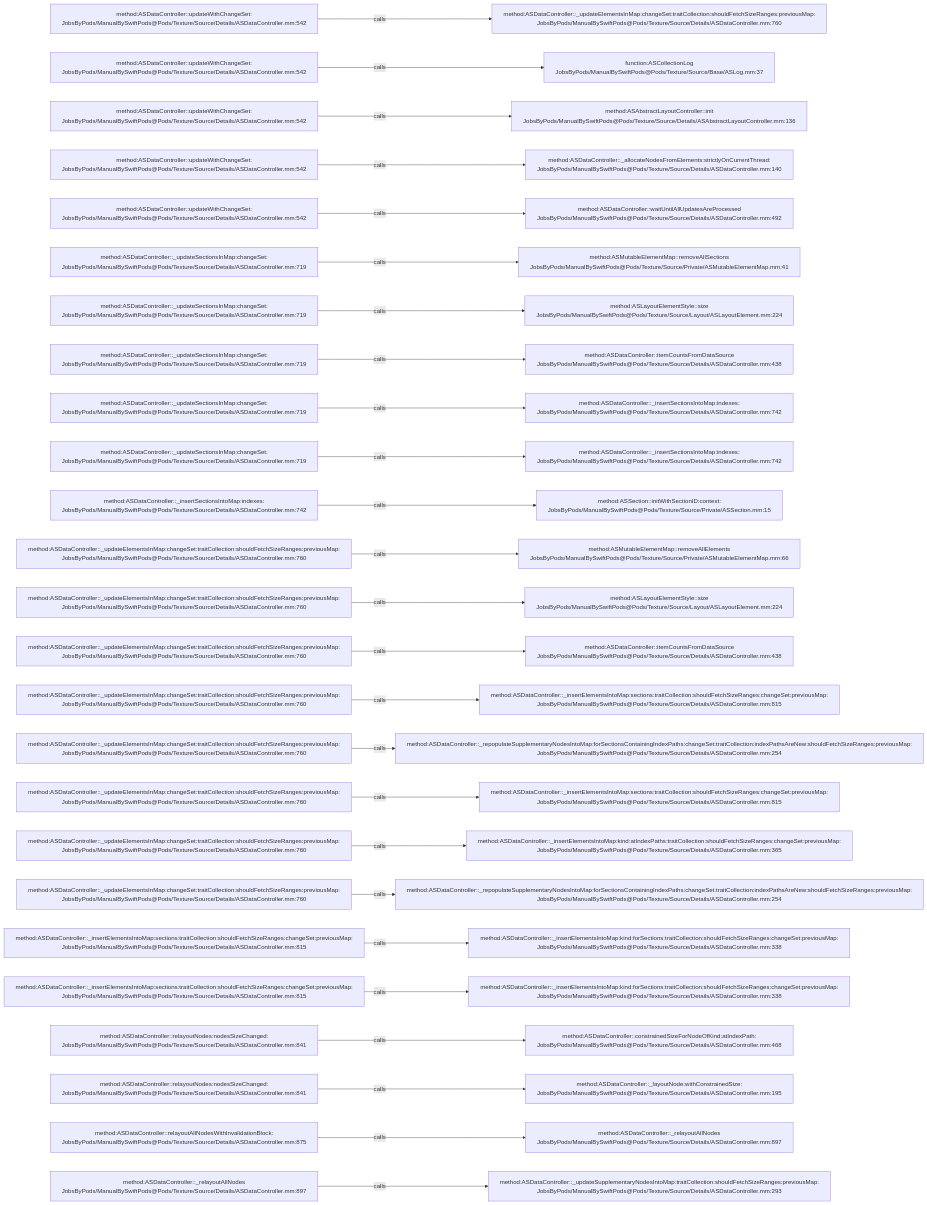
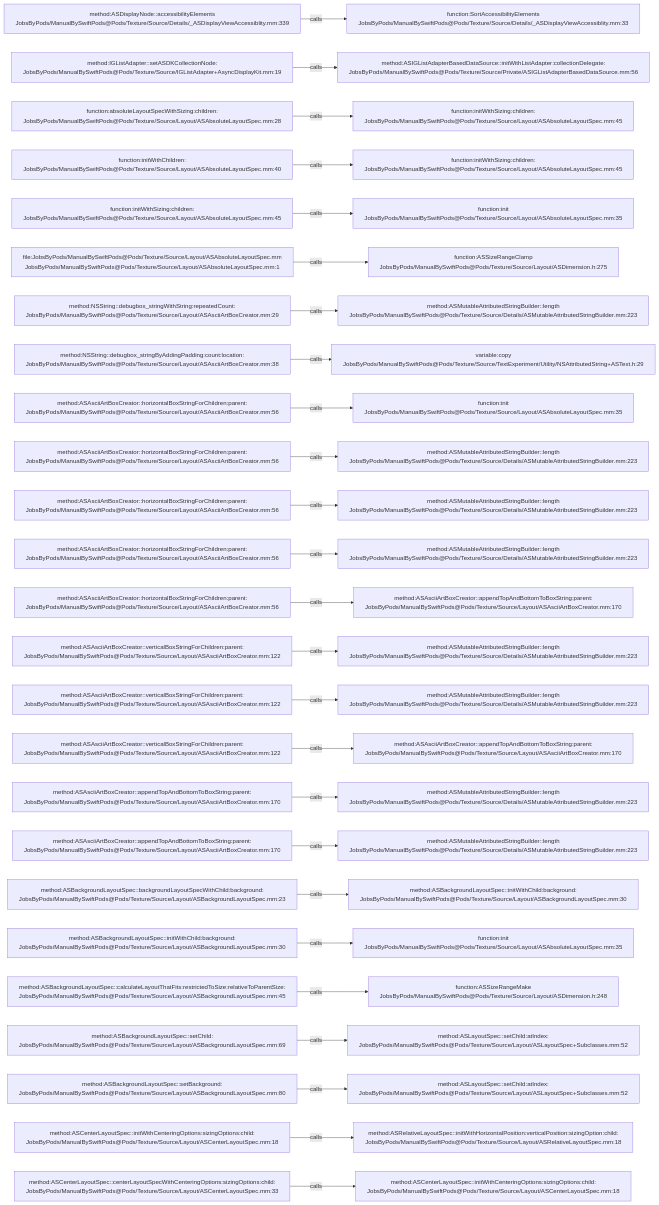
The diagram in .codegraph/codegraph.md/graphs/calls-105.md (JobsKits/JobsSwiftBaseConfigDemo), drawn with Mermaid before and after one commit. The commit also changed 832 other files, not shown here.

````diff
--- a/.codegraph/codegraph.md/graphs/calls-105.md
+++ b/.codegraph/codegraph.md/graphs/calls-105.md
@@ -13,78 +13,78 @@
 ```mermaid
 flowchart LR
-  S1["method:ASDataController::updateWithChangeSet:<br/>JobsByPods/ManualBySwiftPods@Pods/Texture/Source/Details/ASDataController.mm:542"]
-  T1["method:ASDataController::_updateElementsInMap:changeSet:traitCollection:shouldFetchSizeRanges:previousMap:<br/>JobsByPods/ManualBySwiftPods@Pods/Texture/Source/Details/ASDataController.mm:760"]
+  S1["method:ASDisplayNode::accessibilityElements<br/>JobsByPods/ManualBySwiftPods@Pods/Texture/Source/Details/_ASDisplayViewAccessiblity.mm:339"]
+  T1["function:SortAccessibilityElements<br/>JobsByPods/ManualBySwiftPods@Pods/Texture/Source/Details/_ASDisplayViewAccessiblity.mm:33"]
   S1 -->|calls| T1
-  S2["method:ASDataController::updateWithChangeSet:<br/>JobsByPods/ManualBySwiftPods@Pods/Texture/Source/Details/ASDataController.mm:542"]
-  T2["function:ASCollectionLog<br/>JobsByPods/ManualBySwiftPods@Pods/Texture/Source/Base/ASLog.mm:37"]
+  S2["method:IGListAdapter::setASDKCollectionNode:<br/>JobsByPods/ManualBySwiftPods@Pods/Texture/Source/IGListAdapter+AsyncDisplayKit.mm:19"]
+  T2["method:ASIGListAdapterBasedDataSource::initWithListAdapter:collectionDelegate:<br/>JobsByPods/ManualBySwiftPods@Pods/Texture/Source/Private/ASIGListAdapterBasedDataSource.mm:56"]
   S2 -->|calls| T2
-  S3["method:ASDataController::updateWithChangeSet:<br/>JobsByPods/ManualBySwiftPods@Pods/Texture/Source/Details/ASDataController.mm:542"]
-  T3["method:ASAbstractLayoutController::init<br/>JobsByPods/ManualBySwiftPods@Pods/Texture/Source/Details/ASAbstractLayoutController.mm:136"]
+  S3["function:absoluteLayoutSpecWithSizing:children:<br/>JobsByPods/ManualBySwiftPods@Pods/Texture/Source/Layout/ASAbsoluteLayoutSpec.mm:28"]
+  T3["function:initWithSizing:children:<br/>JobsByPods/ManualBySwiftPods@Pods/Texture/Source/Layout/ASAbsoluteLayoutSpec.mm:45"]
   S3 -->|calls| T3
-  S4["method:ASDataController::updateWithChangeSet:<br/>JobsByPods/ManualBySwiftPods@Pods/Texture/Source/Details/ASDataController.mm:542"]
-  T4["method:ASDataController::_allocateNodesFromElements:strictlyOnCurrentThread:<br/>JobsByPods/ManualBySwiftPods@Pods/Texture/Source/Details/ASDataController.mm:140"]
+  S4["function:initWithChildren:<br/>JobsByPods/ManualBySwiftPods@Pods/Texture/Source/Layout/ASAbsoluteLayoutSpec.mm:40"]
+  T4["function:initWithSizing:children:<br/>JobsByPods/ManualBySwiftPods@Pods/Texture/Source/Layout/ASAbsoluteLayoutSpec.mm:45"]
   S4 -->|calls| T4
-  S5["method:ASDataController::updateWithChangeSet:<br/>JobsByPods/ManualBySwiftPods@Pods/Texture/Source/Details/ASDataController.mm:542"]
-  T5["method:ASDataController::waitUntilAllUpdatesAreProcessed<br/>JobsByPods/ManualBySwiftPods@Pods/Texture/Source/Details/ASDataController.mm:492"]
+  S5["function:initWithSizing:children:<br/>JobsByPods/ManualBySwiftPods@Pods/Texture/Source/Layout/ASAbsoluteLayoutSpec.mm:45"]
+  T5["function:init<br/>JobsByPods/ManualBySwiftPods@Pods/Texture/Source/Layout/ASAbsoluteLayoutSpec.mm:35"]
   S5 -->|calls| T5
-  S6["method:ASDataController::_updateSectionsInMap:changeSet:<br/>JobsByPods/ManualBySwiftPods@Pods/Texture/Source/Details/ASDataController.mm:719"]
-  T6["method:ASMutableElementMap::removeAllSections<br/>JobsByPods/ManualBySwiftPods@Pods/Texture/Source/Private/ASMutableElementMap.mm:41"]
+  S6["file:JobsByPods/ManualBySwiftPods@Pods/Texture/Source/Layout/ASAbsoluteLayoutSpec.mm<br/>JobsByPods/ManualBySwiftPods@Pods/Texture/Source/Layout/ASAbsoluteLayoutSpec.mm:1"]
+  T6["function:ASSizeRangeClamp<br/>JobsByPods/ManualBySwiftPods@Pods/Texture/Source/Layout/ASDimension.h:275"]
   S6 -->|calls| T6
-  S7["method:ASDataController::_updateSectionsInMap:changeSet:<br/>JobsByPods/ManualBySwiftPods@Pods/Texture/Source/Details/ASDataController.mm:719"]
-  T7["method:ASLayoutElementStyle::size<br/>JobsByPods/ManualBySwiftPods@Pods/Texture/Source/Layout/ASLayoutElement.mm:224"]
+  S7["method:NSString::debugbox_stringWithString:repeatedCount:<br/>JobsByPods/ManualBySwiftPods@Pods/Texture/Source/Layout/ASAsciiArtBoxCreator.mm:29"]
+  T7["method:ASMutableAttributedStringBuilder::length<br/>JobsByPods/ManualBySwiftPods@Pods/Texture/Source/Details/ASMutableAttributedStringBuilder.mm:223"]
   S7 -->|calls| T7
-  S8["method:ASDataController::_updateSectionsInMap:changeSet:<br/>JobsByPods/ManualBySwiftPods@Pods/Texture/Source/Details/ASDataController.mm:719"]
-  T8["method:ASDataController::itemCountsFromDataSource<br/>JobsByPods/ManualBySwiftPods@Pods/Texture/Source/Details/ASDataController.mm:438"]
+  S8["method:NSString::debugbox_stringByAddingPadding:count:location:<br/>JobsByPods/ManualBySwiftPods@Pods/Texture/Source/Layout/ASAsciiArtBoxCreator.mm:38"]
+  T8["variable:copy<br/>JobsByPods/ManualBySwiftPods@Pods/Texture/Source/TextExperiment/Utility/NSAttributedString+ASText.h:29"]
   S8 -->|calls| T8
-  S9["method:ASDataController::_updateSectionsInMap:changeSet:<br/>JobsByPods/ManualBySwiftPods@Pods/Texture/Source/Details/ASDataController.mm:719"]
-  T9["method:ASDataController::_insertSectionsIntoMap:indexes:<br/>JobsByPods/ManualBySwiftPods@Pods/Texture/Source/Details/ASDataController.mm:742"]
+  S9["method:ASAsciiArtBoxCreator::horizontalBoxStringForChildren:parent:<br/>JobsByPods/ManualBySwiftPods@Pods/Texture/Source/Layout/ASAsciiArtBoxCreator.mm:56"]
+  T9["function:init<br/>JobsByPods/ManualBySwiftPods@Pods/Texture/Source/Layout/ASAbsoluteLayoutSpec.mm:35"]
   S9 -->|calls| T9
-  S10["method:ASDataController::_updateSectionsInMap:changeSet:<br/>JobsByPods/ManualBySwiftPods@Pods/Texture/Source/Details/ASDataController.mm:719"]
-  T10["method:ASDataController::_insertSectionsIntoMap:indexes:<br/>JobsByPods/ManualBySwiftPods@Pods/Texture/Source/Details/ASDataController.mm:742"]
+  S10["method:ASAsciiArtBoxCreator::horizontalBoxStringForChildren:parent:<br/>JobsByPods/ManualBySwiftPods@Pods/Texture/Source/Layout/ASAsciiArtBoxCreator.mm:56"]
+  T10["method:ASMutableAttributedStringBuilder::length<br/>JobsByPods/ManualBySwiftPods@Pods/Texture/Source/Details/ASMutableAttributedStringBuilder.mm:223"]
   S10 -->|calls| T10
-  S11["method:ASDataController::_insertSectionsIntoMap:indexes:<br/>JobsByPods/ManualBySwiftPods@Pods/Texture/Source/Details/ASDataController.mm:742"]
-  T11["method:ASSection::initWithSectionID:context:<br/>JobsByPods/ManualBySwiftPods@Pods/Texture/Source/Private/ASSection.mm:15"]
+  S11["method:ASAsciiArtBoxCreator::horizontalBoxStringForChildren:parent:<br/>JobsByPods/ManualBySwiftPods@Pods/Texture/Source/Layout/ASAsciiArtBoxCreator.mm:56"]
+  T11["method:ASMutableAttributedStringBuilder::length<br/>JobsByPods/ManualBySwiftPods@Pods/Texture/Source/Details/ASMutableAttributedStringBuilder.mm:223"]
   S11 -->|calls| T11
-  S12["method:ASDataController::_updateElementsInMap:changeSet:traitCollection:shouldFetchSizeRanges:previousMap:<br/>JobsByPods/ManualBySwiftPods@Pods/Texture/Source/Details/ASDataController.mm:760"]
-  T12["method:ASMutableElementMap::removeAllElements<br/>JobsByPods/ManualBySwiftPods@Pods/Texture/Source/Private/ASMutableElementMap.mm:66"]
+  S12["method:ASAsciiArtBoxCreator::horizontalBoxStringForChildren:parent:<br/>JobsByPods/ManualBySwiftPods@Pods/Texture/Source/Layout/ASAsciiArtBoxCreator.mm:56"]
+  T12["method:ASMutableAttributedStringBuilder::length<br/>JobsByPods/ManualBySwiftPods@Pods/Texture/Source/Details/ASMutableAttributedStringBuilder.mm:223"]
   S12 -->|calls| T12
-  S13["method:ASDataController::_updateElementsInMap:changeSet:traitCollection:shouldFetchSizeRanges:previousMap:<br/>JobsByPods/ManualBySwiftPods@Pods/Texture/Source/Details/ASDataController.mm:760"]
-  T13["method:ASLayoutElementStyle::size<br/>JobsByPods/ManualBySwiftPods@Pods/Texture/Source/Layout/ASLayoutElement.mm:224"]
+  S13["method:ASAsciiArtBoxCreator::horizontalBoxStringForChildren:parent:<br/>JobsByPods/ManualBySwiftPods@Pods/Texture/Source/Layout/ASAsciiArtBoxCreator.mm:56"]
+  T13["method:ASAsciiArtBoxCreator::appendTopAndBottomToBoxString:parent:<br/>JobsByPods/ManualBySwiftPods@Pods/Texture/Source/Layout/ASAsciiArtBoxCreator.mm:170"]
   S13 -->|calls| T13
-  S14["method:ASDataController::_updateElementsInMap:changeSet:traitCollection:shouldFetchSizeRanges:previousMap:<br/>JobsByPods/ManualBySwiftPods@Pods/Texture/Source/Details/ASDataController.mm:760"]
-  T14["method:ASDataController::itemCountsFromDataSource<br/>JobsByPods/ManualBySwiftPods@Pods/Texture/Source/Details/ASDataController.mm:438"]
+  S14["method:ASAsciiArtBoxCreator::verticalBoxStringForChildren:parent:<br/>JobsByPods/ManualBySwiftPods@Pods/Texture/Source/Layout/ASAsciiArtBoxCreator.mm:122"]
+  T14["method:ASMutableAttributedStringBuilder::length<br/>JobsByPods/ManualBySwiftPods@Pods/Texture/Source/Details/ASMutableAttributedStringBuilder.mm:223"]
   S14 -->|calls| T14
-  S15["method:ASDataController::_updateElementsInMap:changeSet:traitCollection:shouldFetchSizeRanges:previousMap:<br/>JobsByPods/ManualBySwiftPods@Pods/Texture/Source/Details/ASDataController.mm:760"]
-  T15["method:ASDataController::_insertElementsIntoMap:sections:traitCollection:shouldFetchSizeRanges:changeSet:previousMap:<br/>JobsByPods/ManualBySwiftPods@Pods/Texture/Source/Details/ASDataController.mm:815"]
+  S15["method:ASAsciiArtBoxCreator::verticalBoxStringForChildren:parent:<br/>JobsByPods/ManualBySwiftPods@Pods/Texture/Source/Layout/ASAsciiArtBoxCreator.mm:122"]
+  T15["method:ASMutableAttributedStringBuilder::length<br/>JobsByPods/ManualBySwiftPods@Pods/Texture/Source/Details/ASMutableAttributedStringBuilder.mm:223"]
   S15 -->|calls| T15
-  S16["method:ASDataController::_updateElementsInMap:changeSet:traitCollection:shouldFetchSizeRanges:previousMap:<br/>JobsByPods/ManualBySwiftPods@Pods/Texture/Source/Details/ASDataController.mm:760"]
-  T16["method:ASDataController::_repopulateSupplementaryNodesIntoMap:forSectionsContainingIndexPaths:changeSet:traitCollection:indexPathsAreNew:shouldFetchSizeRanges:previousMap:<br/>JobsByPods/ManualBySwiftPods@Pods/Texture/Source/Details/ASDataController.mm:254"]
+  S16["method:ASAsciiArtBoxCreator::verticalBoxStringForChildren:parent:<br/>JobsByPods/ManualBySwiftPods@Pods/Texture/Source/Layout/ASAsciiArtBoxCreator.mm:122"]
+  T16["method:ASAsciiArtBoxCreator::appendTopAndBottomToBoxString:parent:<br/>JobsByPods/ManualBySwiftPods@Pods/Texture/Source/Layout/ASAsciiArtBoxCreator.mm:170"]
   S16 -->|calls| T16
-  S17["method:ASDataController::_updateElementsInMap:changeSet:traitCollection:shouldFetchSizeRanges:previousMap:<br/>JobsByPods/ManualBySwiftPods@Pods/Texture/Source/Details/ASDataController.mm:760"]
-  T17["method:ASDataController::_insertElementsIntoMap:sections:traitCollection:shouldFetchSizeRanges:changeSet:previousMap:<br/>JobsByPods/ManualBySwiftPods@Pods/Texture/Source/Details/ASDataController.mm:815"]
+  S17["method:ASAsciiArtBoxCreator::appendTopAndBottomToBoxString:parent:<br/>JobsByPods/ManualBySwiftPods@Pods/Texture/Source/Layout/ASAsciiArtBoxCreator.mm:170"]
+  T17["method:ASMutableAttributedStringBuilder::length<br/>JobsByPods/ManualBySwiftPods@Pods/Texture/Source/Details/ASMutableAttributedStringBuilder.mm:223"]
   S17 -->|calls| T17
-  S18["method:ASDataController::_updateElementsInMap:changeSet:traitCollection:shouldFetchSizeRanges:previousMap:<br/>JobsByPods/ManualBySwiftPods@Pods/Texture/Source/Details/ASDataController.mm:760"]
-  T18["method:ASDataController::_insertElementsIntoMap:kind:atIndexPaths:traitCollection:shouldFetchSizeRanges:changeSet:previousMap:<br/>JobsByPods/ManualBySwiftPods@Pods/Texture/Source/Details/ASDataController.mm:365"]
+  S18["method:ASAsciiArtBoxCreator::appendTopAndBottomToBoxString:parent:<br/>JobsByPods/ManualBySwiftPods@Pods/Texture/Source/Layout/ASAsciiArtBoxCreator.mm:170"]
+  T18["method:ASMutableAttributedStringBuilder::length<br/>JobsByPods/ManualBySwiftPods@Pods/Texture/Source/Details/ASMutableAttributedStringBuilder.mm:223"]
   S18 -->|calls| T18
-  S19["method:ASDataController::_updateElementsInMap:changeSet:traitCollection:shouldFetchSizeRanges:previousMap:<br/>JobsByPods/ManualBySwiftPods@Pods/Texture/Source/Details/ASDataController.mm:760"]
-  T19["method:ASDataController::_repopulateSupplementaryNodesIntoMap:forSectionsContainingIndexPaths:changeSet:traitCollection:indexPathsAreNew:shouldFetchSizeRanges:previousMap:<br/>JobsByPods/ManualBySwiftPods@Pods/Texture/Source/Details/ASDataController.mm:254"]
+  S19["method:ASBackgroundLayoutSpec::backgroundLayoutSpecWithChild:background:<br/>JobsByPods/ManualBySwiftPods@Pods/Texture/Source/Layout/ASBackgroundLayoutSpec.mm:23"]
+  T19["method:ASBackgroundLayoutSpec::initWithChild:background:<br/>JobsByPods/ManualBySwiftPods@Pods/Texture/Source/Layout/ASBackgroundLayoutSpec.mm:30"]
   S19 -->|calls| T19
-  S20["method:ASDataController::_insertElementsIntoMap:sections:traitCollection:shouldFetchSizeRanges:changeSet:previousMap:<br/>JobsByPods/ManualBySwiftPods@Pods/Texture/Source/Details/ASDataController.mm:815"]
-  T20["method:ASDataController::_insertElementsIntoMap:kind:forSections:traitCollection:shouldFetchSizeRanges:changeSet:previousMap:<br/>JobsByPods/ManualBySwiftPods@Pods/Texture/Source/Details/ASDataController.mm:338"]
+  S20["method:ASBackgroundLayoutSpec::initWithChild:background:<br/>JobsByPods/ManualBySwiftPods@Pods/Texture/Source/Layout/ASBackgroundLayoutSpec.mm:30"]
+  T20["function:init<br/>JobsByPods/ManualBySwiftPods@Pods/Texture/Source/Layout/ASAbsoluteLayoutSpec.mm:35"]
   S20 -->|calls| T20
-  S21["method:ASDataController::_insertElementsIntoMap:sections:traitCollection:shouldFetchSizeRanges:changeSet:previousMap:<br/>JobsByPods/ManualBySwiftPods@Pods/Texture/Source/Details/ASDataController.mm:815"]
-  T21["method:ASDataController::_insertElementsIntoMap:kind:forSections:traitCollection:shouldFetchSizeRanges:changeSet:previousMap:<br/>JobsByPods/ManualBySwiftPods@Pods/Texture/Source/Details/ASDataController.mm:338"]
+  S21["method:ASBackgroundLayoutSpec::calculateLayoutThatFits:restrictedToSize:relativeToParentSize:<br/>JobsByPods/ManualBySwiftPods@Pods/Texture/Source/Layout/ASBackgroundLayoutSpec.mm:45"]
+  T21["function:ASSizeRangeMake<br/>JobsByPods/ManualBySwiftPods@Pods/Texture/Source/Layout/ASDimension.h:248"]
   S21 -->|calls| T21
-  S22["method:ASDataController::relayoutNodes:nodesSizeChanged:<br/>JobsByPods/ManualBySwiftPods@Pods/Texture/Source/Details/ASDataController.mm:841"]
-  T22["method:ASDataController::constrainedSizeForNodeOfKind:atIndexPath:<br/>JobsByPods/ManualBySwiftPods@Pods/Texture/Source/Details/ASDataController.mm:468"]
+  S22["method:ASBackgroundLayoutSpec::setChild:<br/>JobsByPods/ManualBySwiftPods@Pods/Texture/Source/Layout/ASBackgroundLayoutSpec.mm:69"]
+  T22["method:ASLayoutSpec::setChild:atIndex:<br/>JobsByPods/ManualBySwiftPods@Pods/Texture/Source/Layout/ASLayoutSpec+Subclasses.mm:52"]
   S22 -->|calls| T22
-  S23["method:ASDataController::relayoutNodes:nodesSizeChanged:<br/>JobsByPods/ManualBySwiftPods@Pods/Texture/Source/Details/ASDataController.mm:841"]
-  T23["method:ASDataController::_layoutNode:withConstrainedSize:<br/>JobsByPods/ManualBySwiftPods@Pods/Texture/Source/Details/ASDataController.mm:195"]
+  S23["method:ASBackgroundLayoutSpec::setBackground:<br/>JobsByPods/ManualBySwiftPods@Pods/Texture/Source/Layout/ASBackgroundLayoutSpec.mm:80"]
+  T23["method:ASLayoutSpec::setChild:atIndex:<br/>JobsByPods/ManualBySwiftPods@Pods/Texture/Source/Layout/ASLayoutSpec+Subclasses.mm:52"]
   S23 -->|calls| T23
-  S24["method:ASDataController::relayoutAllNodesWithInvalidationBlock:<br/>JobsByPods/ManualBySwiftPods@Pods/Texture/Source/Details/ASDataController.mm:875"]
-  T24["method:ASDataController::_relayoutAllNodes<br/>JobsByPods/ManualBySwiftPods@Pods/Texture/Source/Details/ASDataController.mm:897"]
+  S24["method:ASCenterLayoutSpec::initWithCenteringOptions:sizingOptions:child:<br/>JobsByPods/ManualBySwiftPods@Pods/Texture/Source/Layout/ASCenterLayoutSpec.mm:18"]
+  T24["method:ASRelativeLayoutSpec::initWithHorizontalPosition:verticalPosition:sizingOption:child:<br/>JobsByPods/ManualBySwiftPods@Pods/Texture/Source/Layout/ASRelativeLayoutSpec.mm:18"]
   S24 -->|calls| T24
-  S25["method:ASDataController::_relayoutAllNodes<br/>JobsByPods/ManualBySwiftPods@Pods/Texture/Source/Details/ASDataController.mm:897"]
-  T25["method:ASDataController::_updateSupplementaryNodesIntoMap:traitCollection:shouldFetchSizeRanges:previousMap:<br/>JobsByPods/ManualBySwiftPods@Pods/Texture/Source/Details/ASDataController.mm:293"]
+  S25["method:ASCenterLayoutSpec::centerLayoutSpecWithCenteringOptions:sizingOptions:child:<br/>JobsByPods/ManualBySwiftPods@Pods/Texture/Source/Layout/ASCenterLayoutSpec.mm:33"]
+  T25["method:ASCenterLayoutSpec::initWithCenteringOptions:sizingOptions:child:<br/>JobsByPods/ManualBySwiftPods@Pods/Texture/Source/Layout/ASCenterLayoutSpec.mm:18"]
   S25 -->|calls| T25
 ```
````
